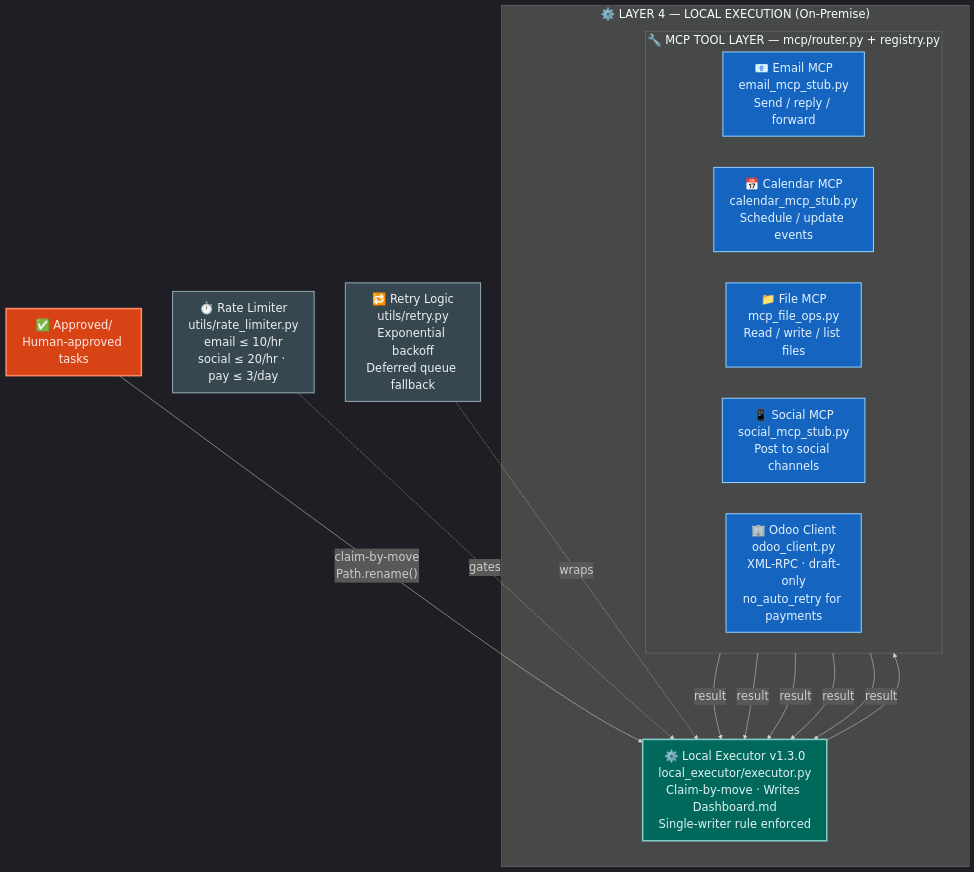
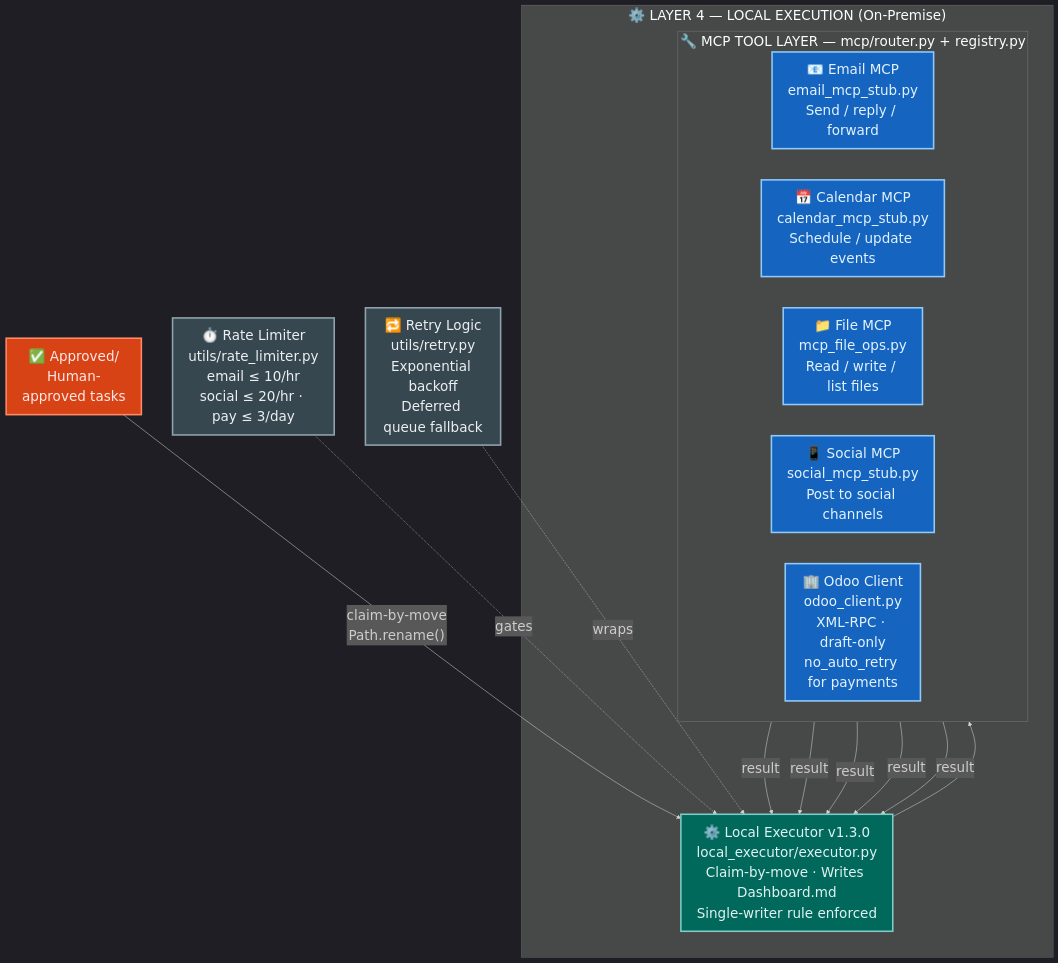
One commit to Mehreen676/AI_Employee_Vault_Platinum changed the diagram in docs/architecture/zoom_3_executor_tools.mmd. Above: the diagram before and after it, drawn with Mermaid. The commit also changed 9 other files, not shown here.

Commit message:
docs: improve architecture diagram readability (2x resolution)

```diff
--- a/docs/architecture/zoom_3_executor_tools.mmd
+++ b/docs/architecture/zoom_3_executor_tools.mmd
@@ -1,37 +1,37 @@
-%%{init: {"theme": "dark", "flowchart": {"nodeSpacing": 60, "rankSpacing": 100, "curve": "basis"}, "themeVariables": {"fontSize": "22px", "fontFamily": "monospace"}}}%%
+%%{init: {"theme": "dark", "flowchart": {"nodeSpacing": 60, "rankSpacing": 100, "curve": "basis"}, "themeVariables": {"fontSize": "26px", "fontFamily": "monospace"}}}%%
 flowchart TD
 
     classDef vaultCls  fill:#d84315,stroke:#ff8a65,color:#fbe9e7,stroke-width:3px
     classDef localCls  fill:#00695c,stroke:#80cbc4,color:#e0f2f1,stroke-width:3px
-    classDef toolCls   fill:#1565c0,stroke:#90caf9,color:#e3f2fd,stroke-width:2px
-    classDef svcCls    fill:#37474f,stroke:#90a4ae,color:#eceff1,stroke-width:2px
+    classDef toolCls   fill:#1565c0,stroke:#90caf9,color:#e3f2fd,stroke-width:3px
+    classDef svcCls    fill:#37474f,stroke:#90a4ae,color:#eceff1,stroke-width:3px
 
     VA["✅ Approved/\nHuman-approved tasks"]
 
     subgraph LOCAL["⚙️  LAYER 4 — LOCAL EXECUTION  (On-Premise)"]
         LE["⚙️ Local Executor v1.3.0\nlocal_executor/executor.py\nClaim-by-move · Writes Dashboard.md\nSingle-writer rule enforced"]
 
         subgraph MCP["🔧  MCP TOOL LAYER  —  mcp/router.py + registry.py"]
             direction LR
             EM["📧 Email MCP\nemail_mcp_stub.py\nSend / reply / forward"]
             CM["📅 Calendar MCP\ncalendar_mcp_stub.py\nSchedule / update events"]
             FM["📁 File MCP\nmcp_file_ops.py\nRead / write / list files"]
             SM["📱 Social MCP\nsocial_mcp_stub.py\nPost to social channels"]
             OD["🏢 Odoo Client\nodoo_client.py\nXML-RPC · draft-only\nno_auto_retry for payments"]
         end
 
         LE --> MCP
     end
 
     RL["⏱️ Rate Limiter\nutils/rate_limiter.py\nemail ≤ 10/hr\nsocial ≤ 20/hr · pay ≤ 3/day"]
     RT["🔁 Retry Logic\nutils/retry.py\nExponential backoff\nDeferred queue fallback"]
 
     VA    -->|"claim-by-move\nPath.rename()"| LE
     EM & CM & FM & SM & OD -->|"result"| LE
     RL    -.->|"gates"| LE
     RT    -.->|"wraps"| LE
 
     class VA vaultCls
     class LE localCls
     class EM,CM,FM,SM,OD toolCls
     class RL,RT svcCls
```
